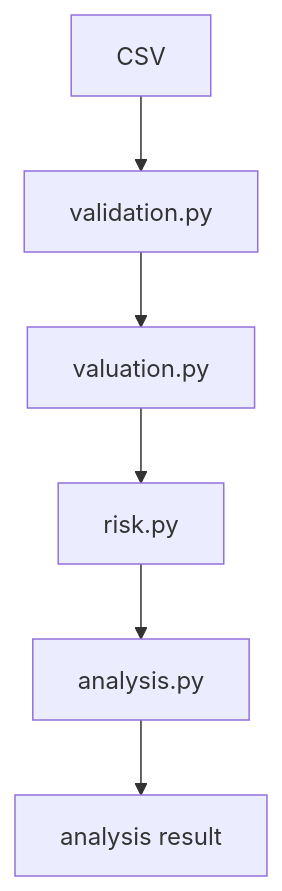
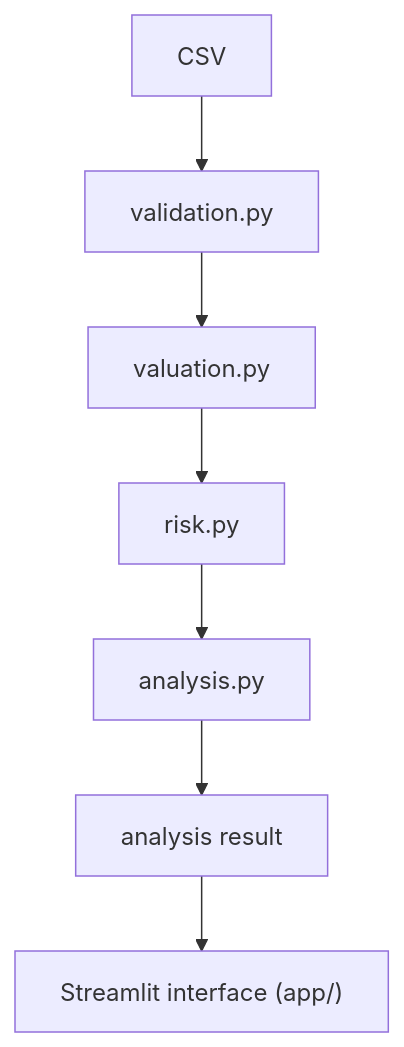
Before and after one commit to AminQuantSystems/portfolio-risk-xray: the diagram in README.md, drawn with Mermaid. The commit also changed other lines of this file and 1 other file, not shown here.

Commit message:
docs: add risk x-ray interface documentation

````diff
--- a/README.md
+++ b/README.md
@@ -28,8 +42,9 @@
 ```mermaid
 flowchart TD
     csvInput["CSV"] --> validation["validation.py"]
     validation --> valuation["valuation.py"]
     valuation --> risk["risk.py"]
     risk --> analysis["analysis.py"]
     analysis --> result["analysis result"]
+    result --> app["Streamlit interface (app/)"]
 ```
````
